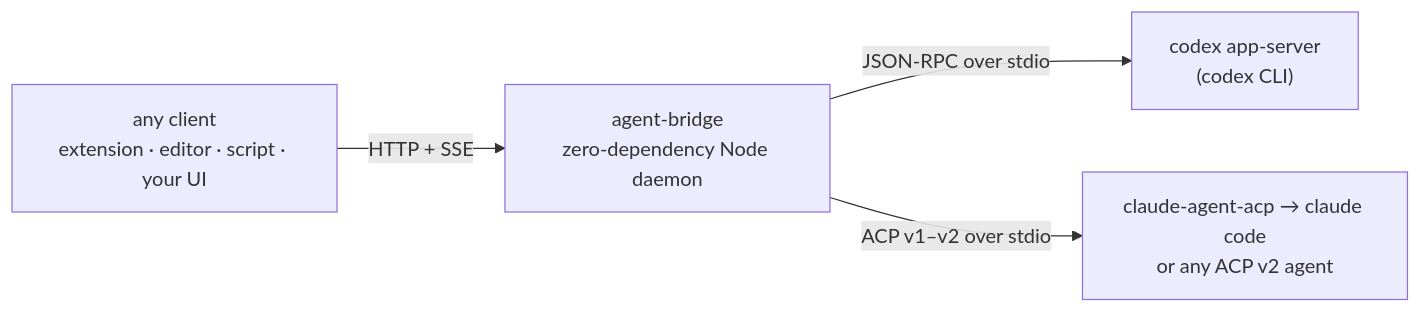
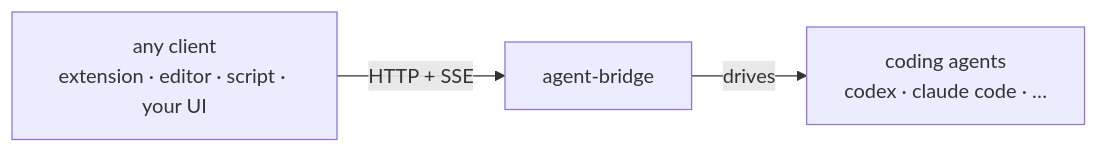
One commit to xiaohuzai/agent-bridge changed the first of 2 diagrams in README.md. Above: the diagram before and after it, drawn with Mermaid. The commit also changed 1 other file, not shown here.

Commit message:
docs: 架构图降噪——协议细节留给桥操心，读者只见客户端/桥/agent 三框 (#25)

````diff
--- a/README.md
+++ b/README.md
@@ -19,6 +19,5 @@
 ```mermaid
 flowchart LR
-    C["any client<br/>extension · editor · script · your UI"] -->|"HTTP + SSE"| B["agent-bridge<br/>zero-dependency Node daemon"]
-    B -->|"JSON-RPC over stdio"| K["codex app-server<br/>(codex CLI)"]
-    B -->|"ACP v1–v2 over stdio"| A["claude-agent-acp → claude code<br/>or any ACP v2 agent"]
+    C["any client<br/>extension · editor · script · your UI"] -->|"HTTP + SSE"| B["agent-bridge"]
+    B -->|drives| A["coding agents<br/>codex · claude code · …"]
 ```
````
